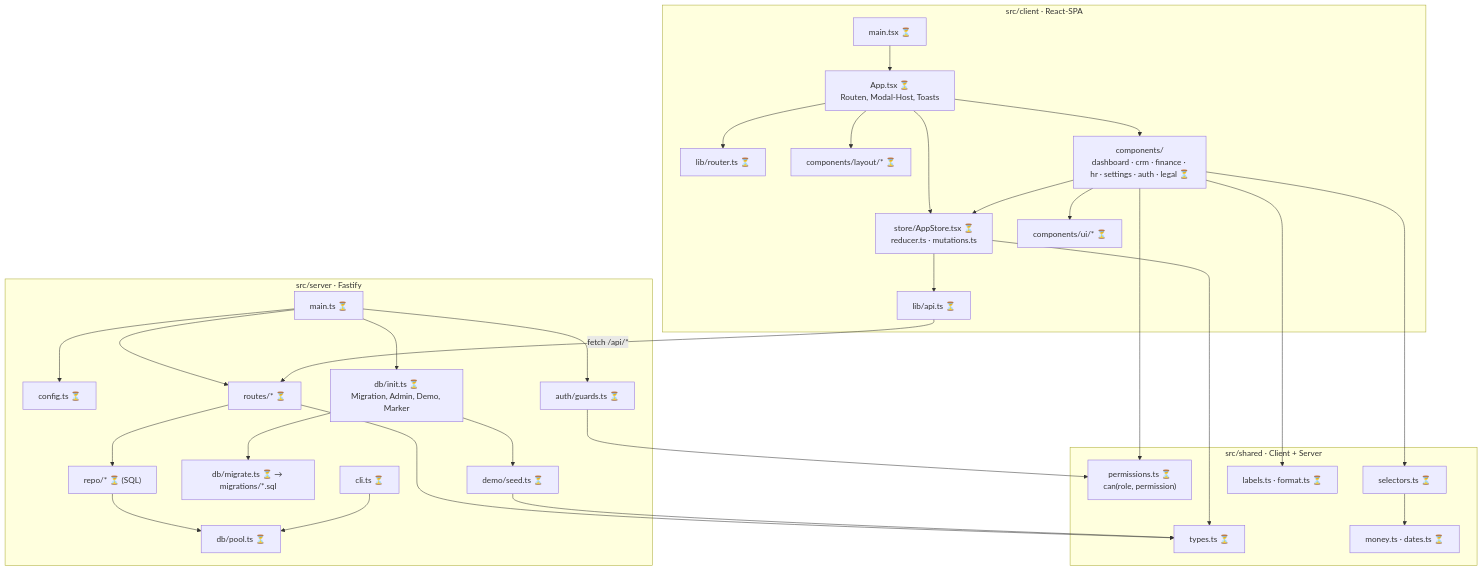
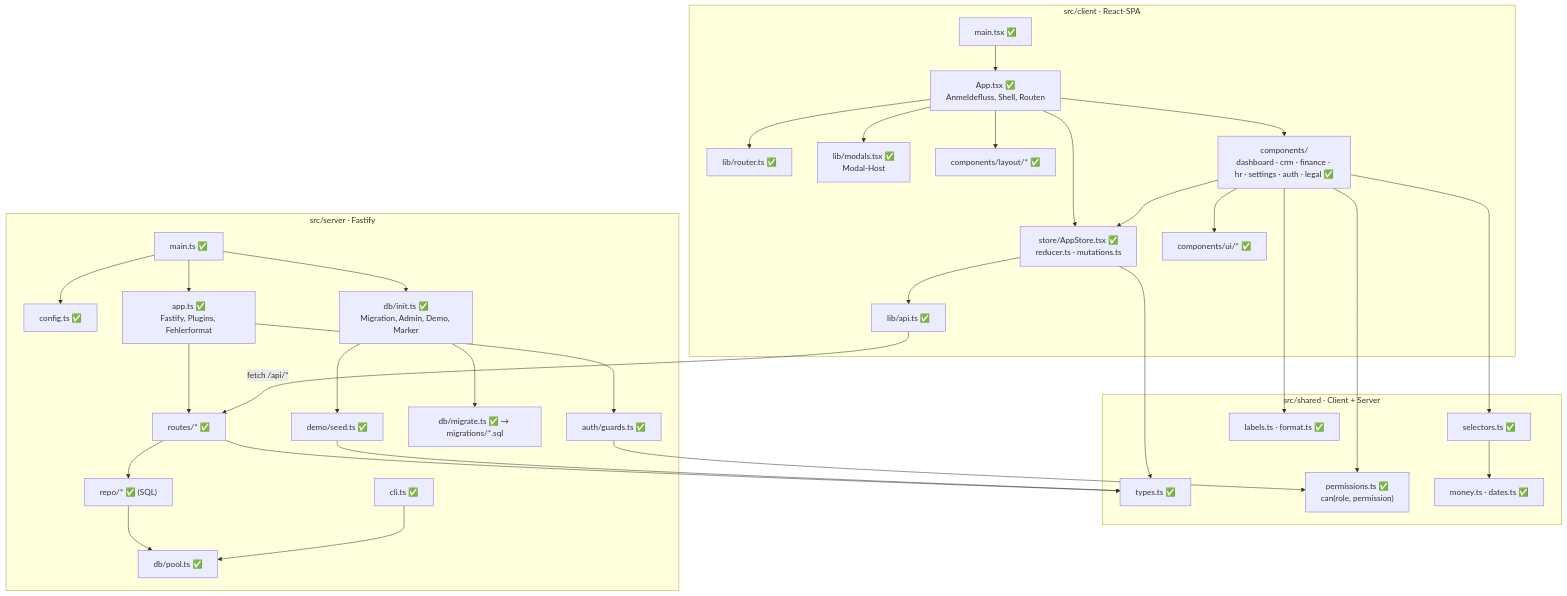
The second of 3 diagrams in CLAUDE.md (ZockerDream/pitstop), drawn with Mermaid before and after one commit. The commit also changed other lines of this file and 138 other files, not shown here.

````diff
--- a/CLAUDE.md
+++ b/CLAUDE.md
@@ -49,41 +49,43 @@
 ```mermaid
 flowchart TD
   subgraph client["src/client · React-SPA"]
-    cmain["main.tsx ⏳"] --> App["App.tsx ⏳<br/>Routen, Modal-Host, Toasts"]
-    App --> router["lib/router.ts ⏳"]
-    App --> layout["components/layout/* ⏳"]
-    App --> store["store/AppStore.tsx ⏳<br/>reducer.ts · mutations.ts"]
-    App --> mods["components/<br/>dashboard · crm · finance · hr · settings · auth · legal ⏳"]
-    mods --> ui["components/ui/* ⏳"]
+    cmain["main.tsx ✅"] --> App["App.tsx ✅<br/>Anmeldefluss, Shell, Routen"]
+    App --> router["lib/router.ts ✅"]
+    App --> modals["lib/modals.tsx ✅<br/>Modal-Host"]
+    App --> layout["components/layout/* ✅"]
+    App --> store["store/AppStore.tsx ✅<br/>reducer.ts · mutations.ts"]
+    App --> mods["components/<br/>dashboard · crm · finance · hr · settings · auth · legal ✅"]
+    mods --> ui["components/ui/* ✅"]
     mods --> store
-    store --> api["lib/api.ts ⏳"]
+    store --> api["lib/api.ts ✅"]
   end
 
   subgraph shared["src/shared · Client + Server"]
-    types["types.ts ⏳"]
-    perms["permissions.ts ⏳<br/>can(role, permission)"]
-    sel["selectors.ts ⏳"]
-    money["money.ts · dates.ts ⏳"]
-    labels["labels.ts · format.ts ⏳"]
+    types["types.ts ✅"]
+    perms["permissions.ts ✅<br/>can(role, permission)"]
+    sel["selectors.ts ✅"]
+    money["money.ts · dates.ts ✅"]
+    labels["labels.ts · format.ts ✅"]
   end
 
   subgraph server["src/server · Fastify"]
-    smain["main.ts ⏳"] --> config["config.ts ⏳"]
-    smain --> init["db/init.ts ⏳<br/>Migration, Admin, Demo, Marker"]
-    smain --> guards["auth/guards.ts ⏳"]
-    smain --> routes["routes/* ⏳"]
-    routes --> repo["repo/* ⏳ (SQL)"]
-    repo --> pool["db/pool.ts ⏳"]
-    init --> migrate["db/migrate.ts ⏳ → migrations/*.sql"]
-    init --> demo["demo/seed.ts ⏳"]
-    cli["cli.ts ⏳"] --> pool
+    smain["main.ts ✅"] --> config["config.ts ✅"]
+    smain --> app["app.ts ✅<br/>Fastify, Plugins, Fehlerformat"]
+    smain --> init["db/init.ts ✅<br/>Migration, Admin, Demo, Marker"]
+    app --> guards["auth/guards.ts ✅"]
+    app --> routes["routes/* ✅"]
+    routes --> repo["repo/* ✅ (SQL)"]
+    repo --> pool["db/pool.ts ✅"]
+    init --> migrate["db/migrate.ts ✅ → migrations/*.sql"]
+    init --> demo["demo/seed.ts ✅"]
+    cli["cli.ts ✅"] --> pool
   end
 
   api -->|"fetch /api/*"| routes
   mods --> sel & perms & labels
   sel --> money
   guards --> perms
   routes --> types
   store --> types
   demo --> types
 ```
````
